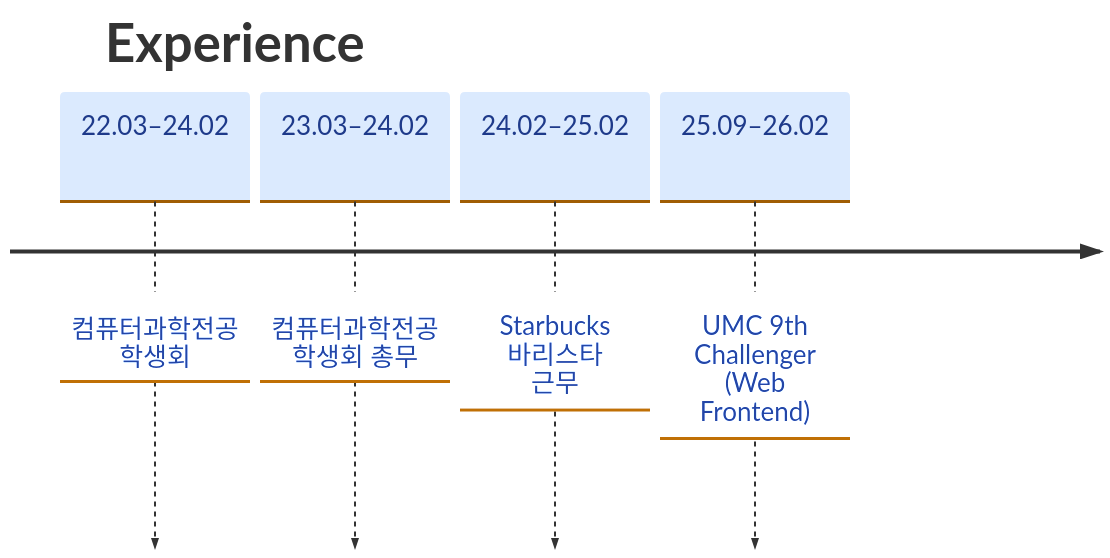
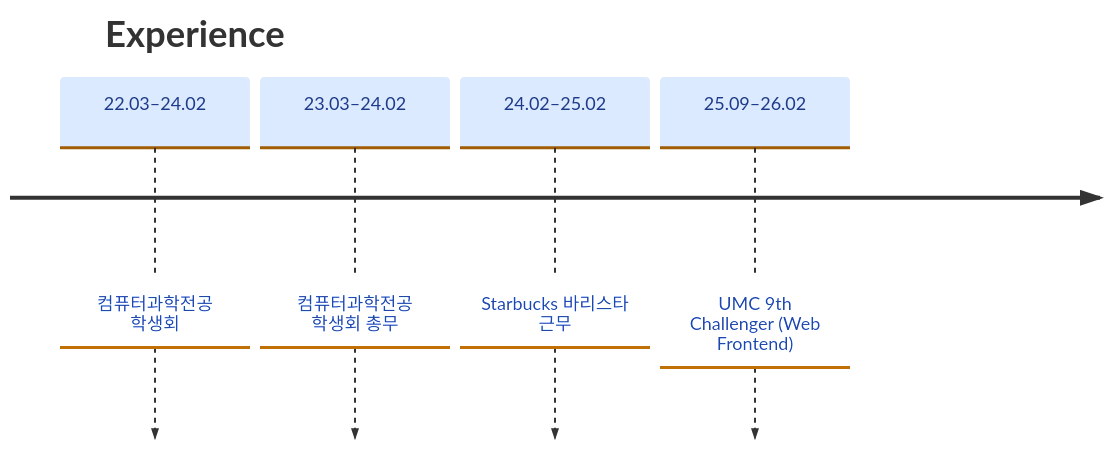
Before and after one commit to jjjsun/jjjsun: the diagram in README.md, drawn with Mermaid.

Commit message:
style: font size change

````diff
--- a/README.md
+++ b/README.md
@@ -86,23 +86,23 @@
 ```mermaid
 ---
 config:
   theme: base
   themeVariables:
     cScale0: "#DBEAFE"
     cScaleLabel0: "#1E3A8A"
-    fontSize: "26px"
+    fontSize: "18px"
     fontWeight: "600"
   themeCSS: "text { font-weight: 600 }"
   timeline:
     disableMulticolor: true
     padding: 8
     useMaxWidth: true
-    taskFontSize: 26
+    taskFontSize: 18
 ---
 timeline
     title Experience
     22.03–24.02 : 컴퓨터과학전공 학생회
     23.03–24.02 : 컴퓨터과학전공 학생회 총무
     24.02–25.02 : Starbucks 바리스타 근무
     25.09–26.02 : UMC 9th Challenger (Web Frontend)
 ```
````
